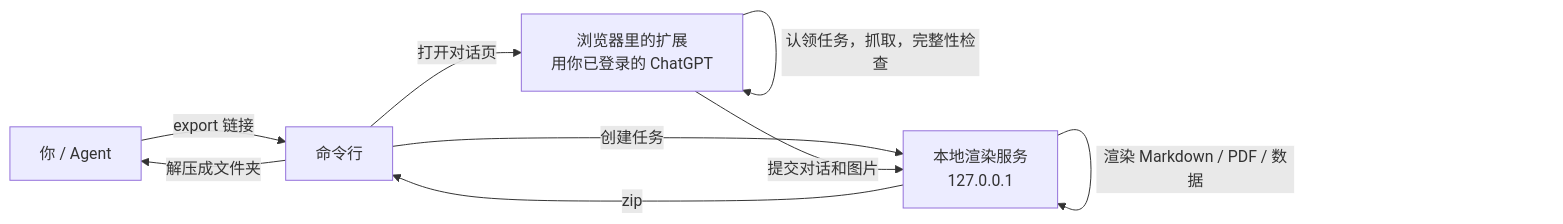
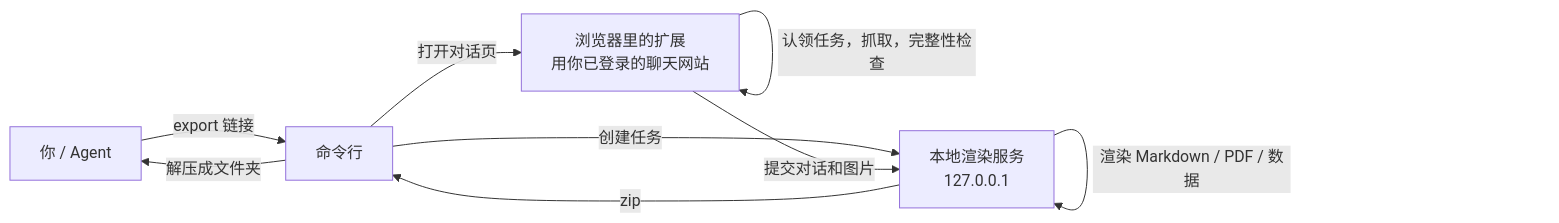
Before and after one commit to amethyst-cosmos/convo-vault: the diagram in README.zh-CN.md, drawn with Mermaid. The commit also changed other lines of this file and 21 other files, not shown here.

First line of the commit message:
docs: describe Convo Vault as a chat exporter for ChatGPT, Grok and Gemini (0.15.1)

````diff
--- a/README.zh-CN.md
+++ b/README.zh-CN.md
@@ -109,11 +121,11 @@
 ```mermaid
 flowchart LR
     A["你 / Agent"] -->|"export 链接"| B["命令行"]
     B -->|"创建任务"| C["本地渲染服务<br/>127.0.0.1"]
-    B -->|"打开对话页"| D["浏览器里的扩展<br/>用你已登录的 ChatGPT"]
+    B -->|"打开对话页"| D["浏览器里的扩展<br/>用你已登录的聊天网站"]
     D -->|"认领任务，抓取，完整性检查"| D
     D -->|"提交对话和图片"| C
     C -->|"渲染 Markdown / PDF / 数据"| C
     C -->|"zip"| B
     B -->|"解压成文件夹"| A
 ```
````
